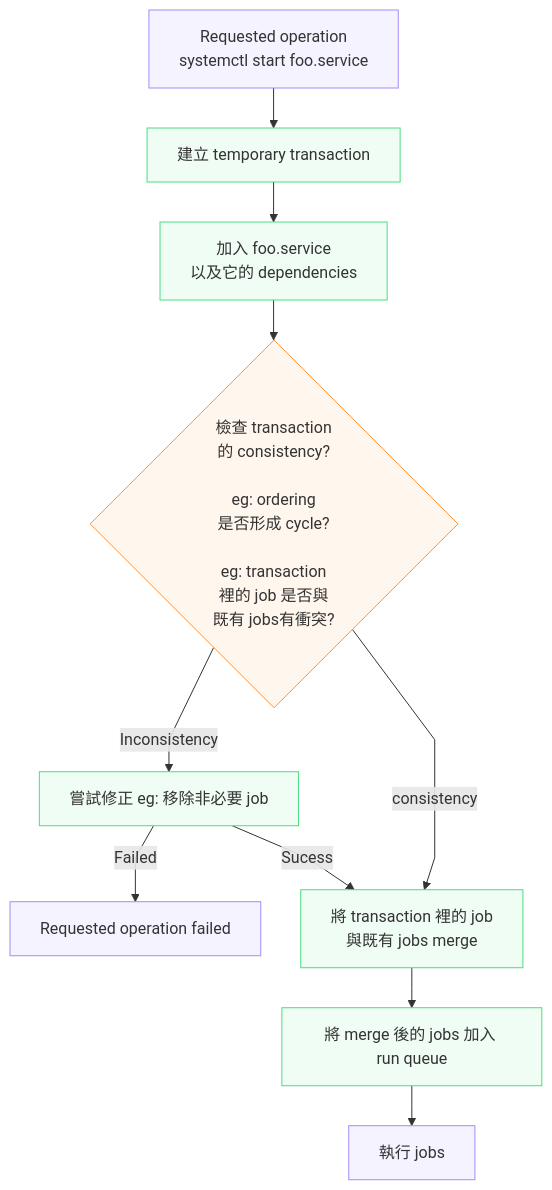
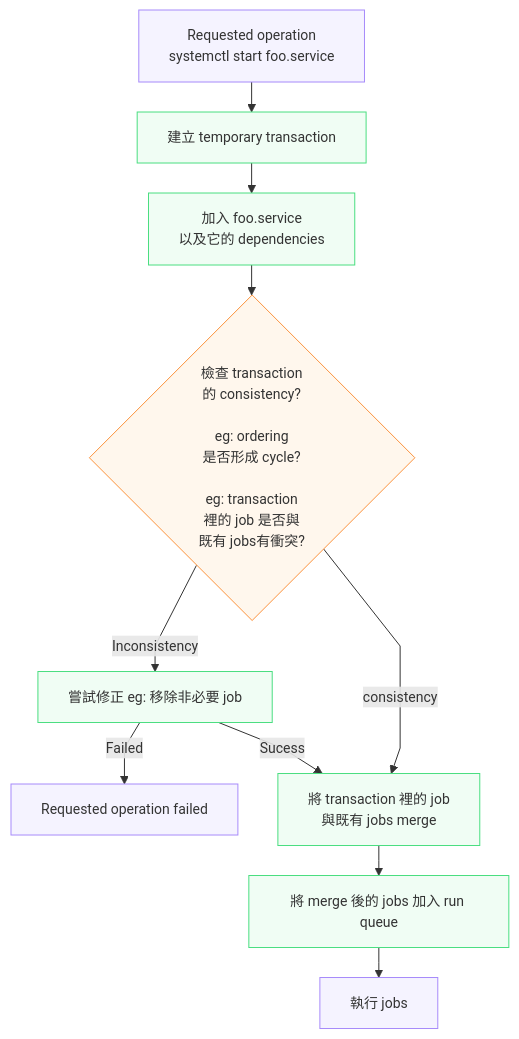
The diagram in doc/Systemd-Introduction.md (Jingyu1998/x86-64-linux-Start-Init-Process), drawn with Mermaid before and after one commit.

Commit message:
Change the mermaid attribute in Systemd-Introduction.md

````diff
--- a/doc/Systemd-Introduction.md
+++ b/doc/Systemd-Introduction.md
@@ -90,47 +90,47 @@
 ```mermaid
 %%{init: {
   'flowchart': { 
     'nodeSpacing': 40, 
-    'rankSpacing': 40,
+    'rankSpacing': 30,
     'curve': 'linear'
   },
   'themeVariables': {
-    'fontSize': '16px',
+    'fontSize': '14px',
     'fontFamily': 'monospace'
   }
 }}%%
 
 flowchart TD
     %% Define Styles
     classDef processNode stroke:#818cf8,fill:#eef2ff
     classDef decisionNode stroke:#fb923c,fill:#fff7ed
     classDef actionNode stroke:#4ade80,fill:#f0fdf4
     classDef finalNode stroke:#a78bfa,fill:#f5f3ff
     
     %% Node 
     A["Requested operation<br>systemctl start foo.service"]
     B["建立 temporary transaction"]
     C["加入 foo.service<br/>以及它的 dependencies"]
     E{"檢查 transaction<br/> 的 consistency?<br/><br/>eg: ordering<br/>是否形成 cycle?<br/><br/>eg: transaction<br/>裡的 job 是否與<br/>既有 jobs有衝突?"}
     F["嘗試修正 eg: 移除非必要 job"]
     G["Requested operation failed"]
     I["將 transaction 裡的 job<br/>與既有 jobs merge"]
     J["將 merge 後的 jobs 加入 run queue"]
     K["執行 jobs"]
 
     %% Connection
     A --> B
     B --> C
     C --> E
     E -->|Inconsistency| F
     E -->|consistency| I
     F -->|Sucess| I
     F -->|Failed| G
     I --> J
     J --> K
     
     %% Class
     class E decisionNode
     class B,C,F,H,I,J actionNode
     class A,G,K finalNode
 ```
````
